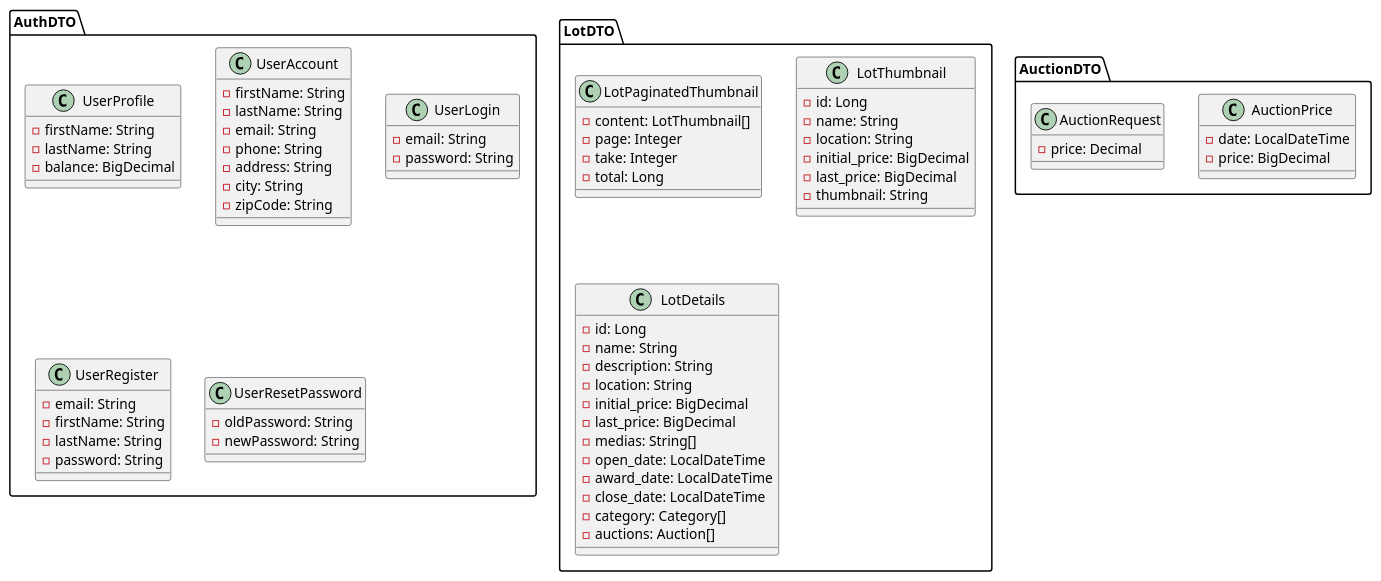
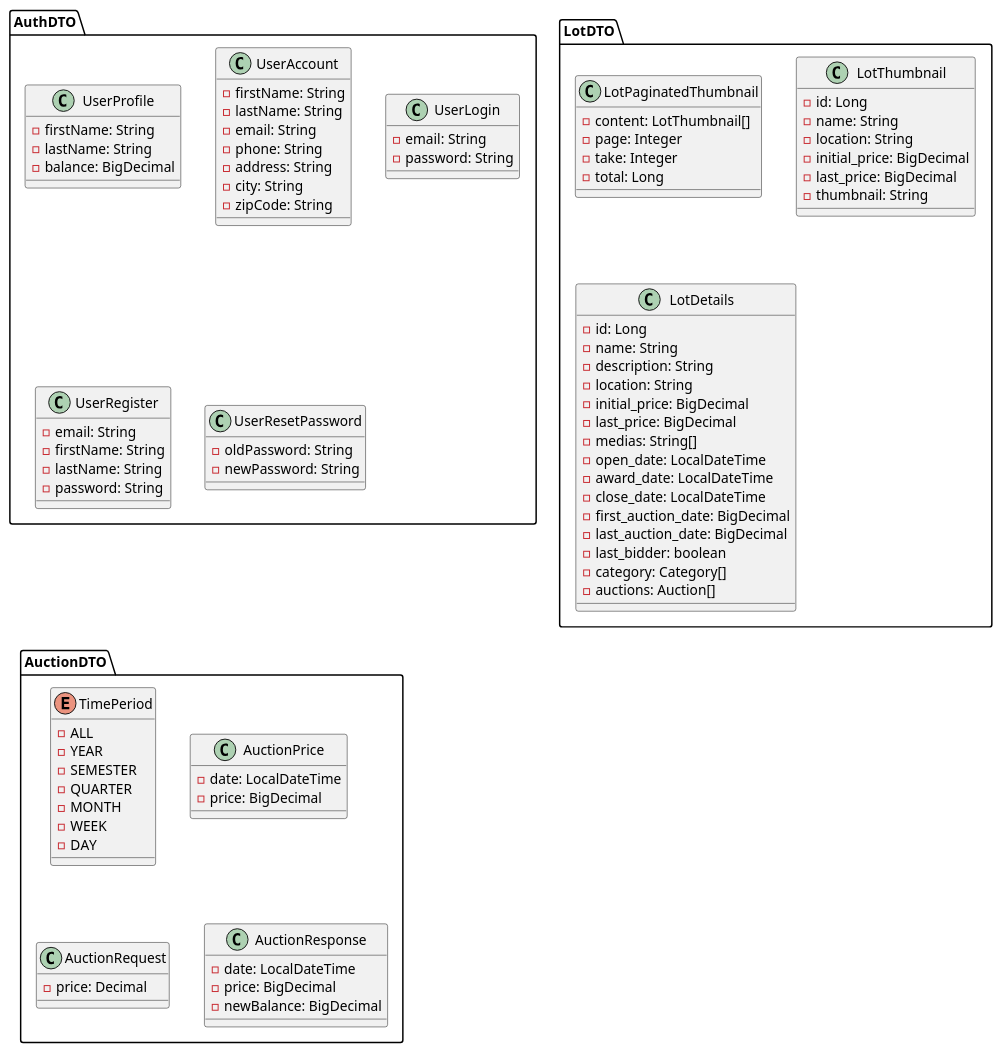
One commit to ETML-ES-LABEFE-MANUEL-THEO/BACKEND changed the diagram in docs/dto.puml. Above: the diagram before and after it, drawn with PlantUML. The commit also changed 1 other file, not shown here.

```diff
--- a/docs/dto.puml
+++ b/docs/dto.puml
@@ -1,81 +1,100 @@
 @startuml
 
 package AuthDTO {
     class UserProfile {
         -firstName: String
         -lastName: String
         -balance: BigDecimal
     }
 
     class UserAccount {
         -firstName: String
         -lastName: String
         -email: String
         -phone: String
         -address: String
         -city: String
         -zipCode: String
     }
 
     class UserLogin {
         -email: String
         -password: String
     }
 
     class UserRegister {
         -email: String
         -firstName: String
         -lastName: String
         -password: String
     }
 
     class UserResetPassword {
         -oldPassword: String
         -newPassword: String
     }
 }
 
 package LotDTO {
     class LotPaginatedThumbnail {
         -content: LotThumbnail[]
         -page: Integer
         -take: Integer
         -total: Long
     }
 
     class LotThumbnail {
         -id: Long
         -name: String
         -location: String
         -initial_price: BigDecimal
         -last_price: BigDecimal
         -thumbnail: String
     }
 
     class LotDetails {
         -id: Long
         -name: String
         -description: String
         -location: String
         -initial_price: BigDecimal
         -last_price: BigDecimal
         -medias: String[]
         -open_date: LocalDateTime
         -award_date: LocalDateTime
         -close_date: LocalDateTime
+        -first_auction_date: BigDecimal
+        -last_auction_date: BigDecimal
+        -last_bidder: boolean
         -category: Category[]
         -auctions: Auction[]
     }
 }
 
 package AuctionDTO {
+    enum TimePeriod {
+        -ALL
+        -YEAR
+        -SEMESTER
+        -QUARTER
+        -MONTH
+        -WEEK
+        -DAY
+    }
+
     class AuctionPrice {
         -date: LocalDateTime
         -price: BigDecimal
     }
 
     class AuctionRequest {
         -price: Decimal
     }
+
+    class AuctionResponse {
+        -date: LocalDateTime
+        -price: BigDecimal
+        -newBalance: BigDecimal
+    }
 }
 @enduml
```
